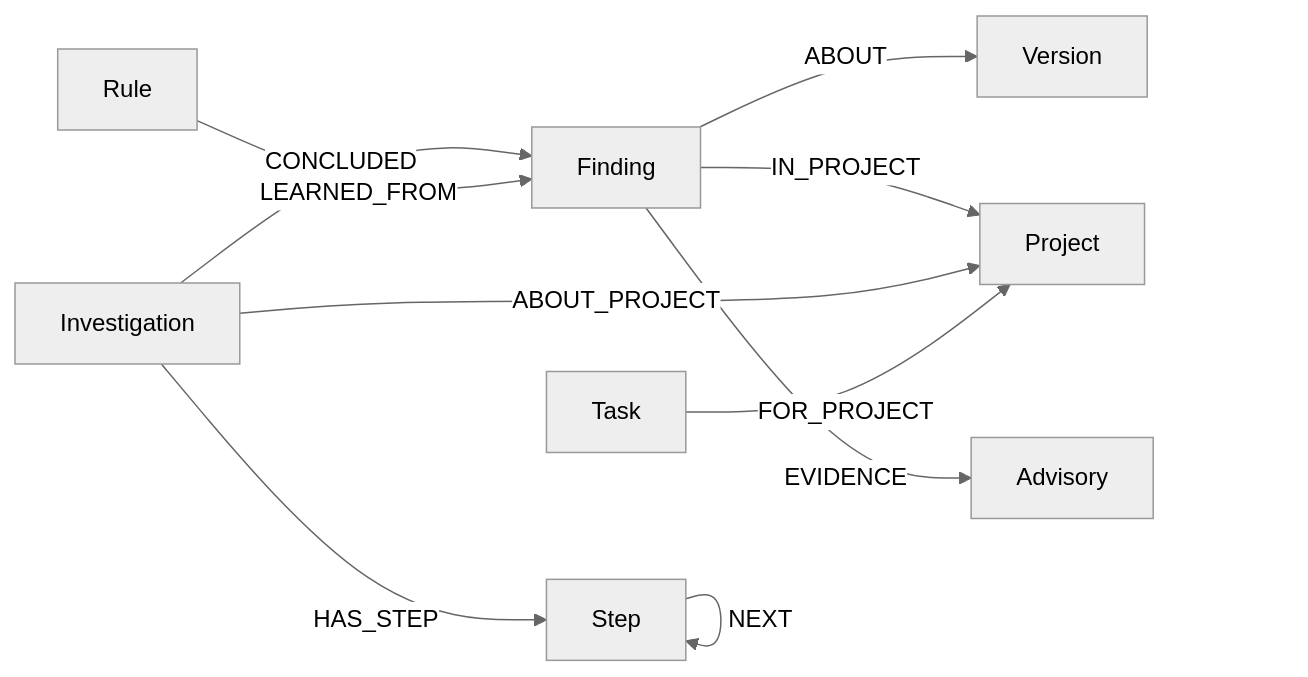
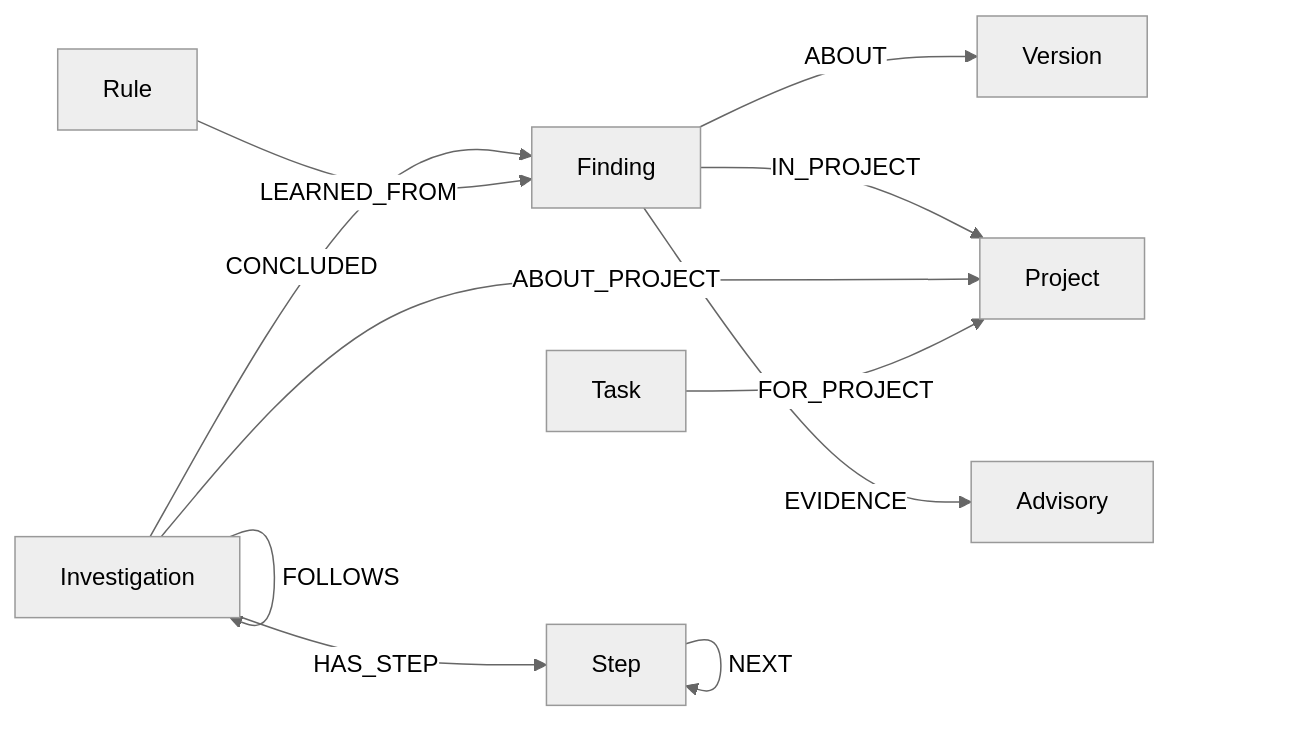
The second of 2 diagrams in docs/graph-model.md (kalash33/taintgraph), drawn with Mermaid (neutral theme) before and after one commit. The commit also changed 14 other files, not shown here.

````diff
--- a/docs/graph-model.md
+++ b/docs/graph-model.md
@@ -46,12 +46,13 @@
 ```mermaid
 graph LR
   Finding -- ABOUT --> Version
   Finding -- IN_PROJECT --> Project
   Finding -- EVIDENCE --> Advisory
   Investigation -- ABOUT_PROJECT --> Project
   Investigation -- HAS_STEP --> Step
   Step -- NEXT --> Step
+  Investigation -- FOLLOWS --> Investigation
   Investigation -- CONCLUDED --> Finding
   Rule -- LEARNED_FROM --> Finding
   Task -- FOR_PROJECT --> Project
 ```
````
